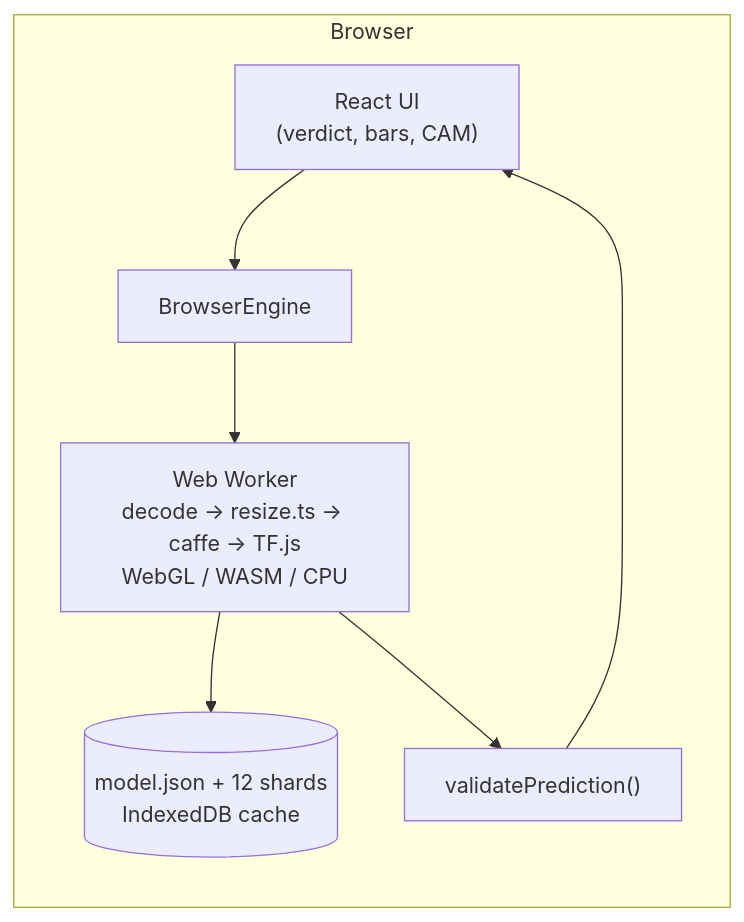
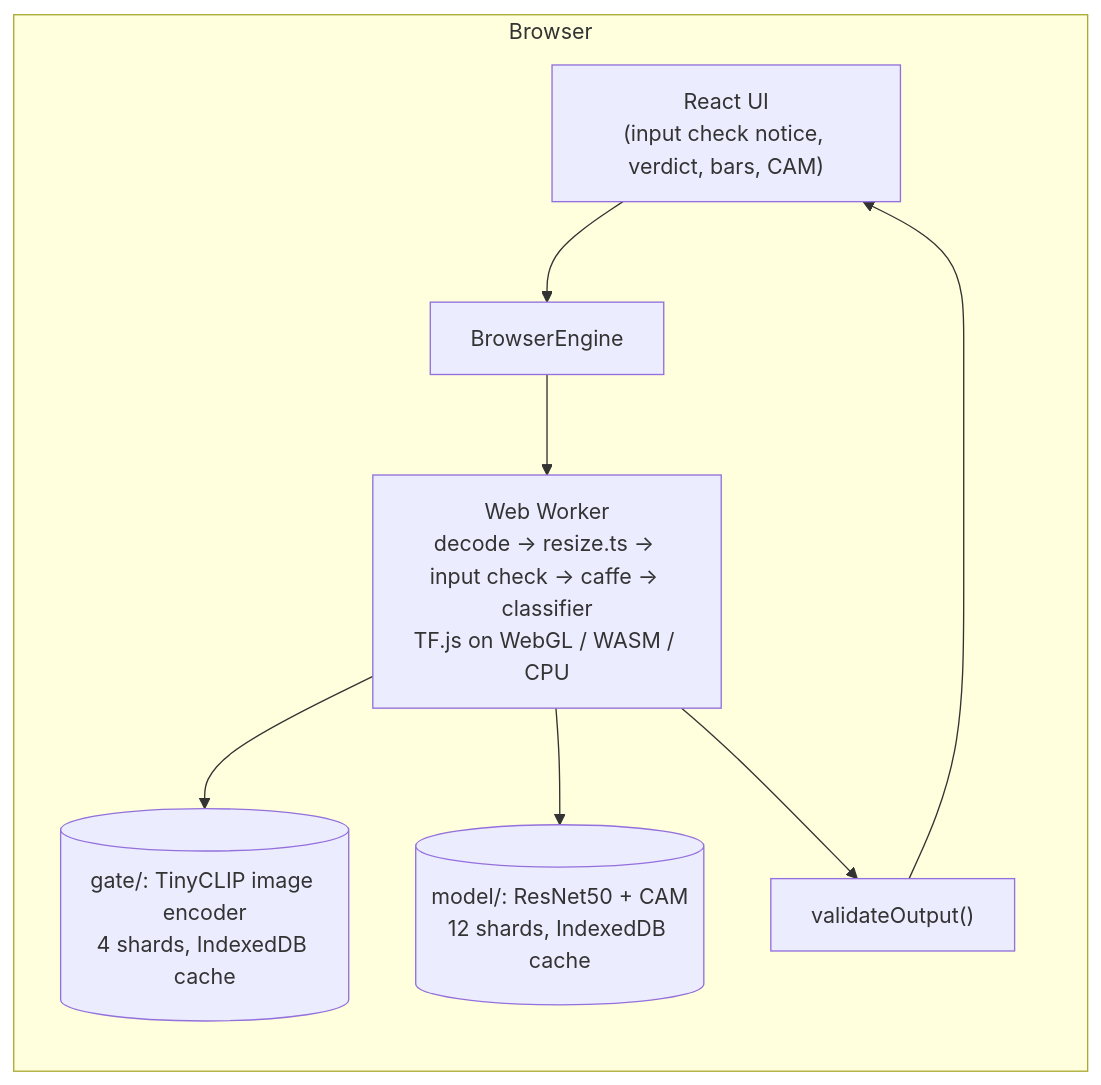
One commit to peerzadarabet1807/poultry-disease-detection changed the second of 2 diagrams in README.md. Above: the diagram before and after it, drawn with Mermaid. The commit also changed other lines of this file and 339 other files, not shown here.

First line of the commit message:
feat: input check before the classifier (TinyCLIP image prototypes) (#1)

````diff
--- a/README.md
+++ b/README.md
@@ -348,10 +440,11 @@
 ```mermaid
 flowchart LR
   subgraph Browser
-    UI["React UI<br/>(verdict, bars, CAM)"] --> BE["BrowserEngine"]
-    BE --> W["Web Worker<br/>decode → resize.ts → caffe → TF.js<br/>WebGL / WASM / CPU"]
-    W --> M[("model.json + 12 shards<br/>IndexedDB cache")]
-    W --> V["validatePrediction()"]
+    UI["React UI<br/>(input check notice, verdict, bars, CAM)"] --> BE["BrowserEngine"]
+    BE --> W["Web Worker<br/>decode → resize.ts → input check → caffe → classifier<br/>TF.js on WebGL / WASM / CPU"]
+    W --> G[("gate/: TinyCLIP image encoder<br/>4 shards, IndexedDB cache")]
+    W --> M[("model/: ResNet50 + CAM<br/>12 shards, IndexedDB cache")]
+    W --> V["validateOutput()"]
     V --> UI
   end
 ```
````
